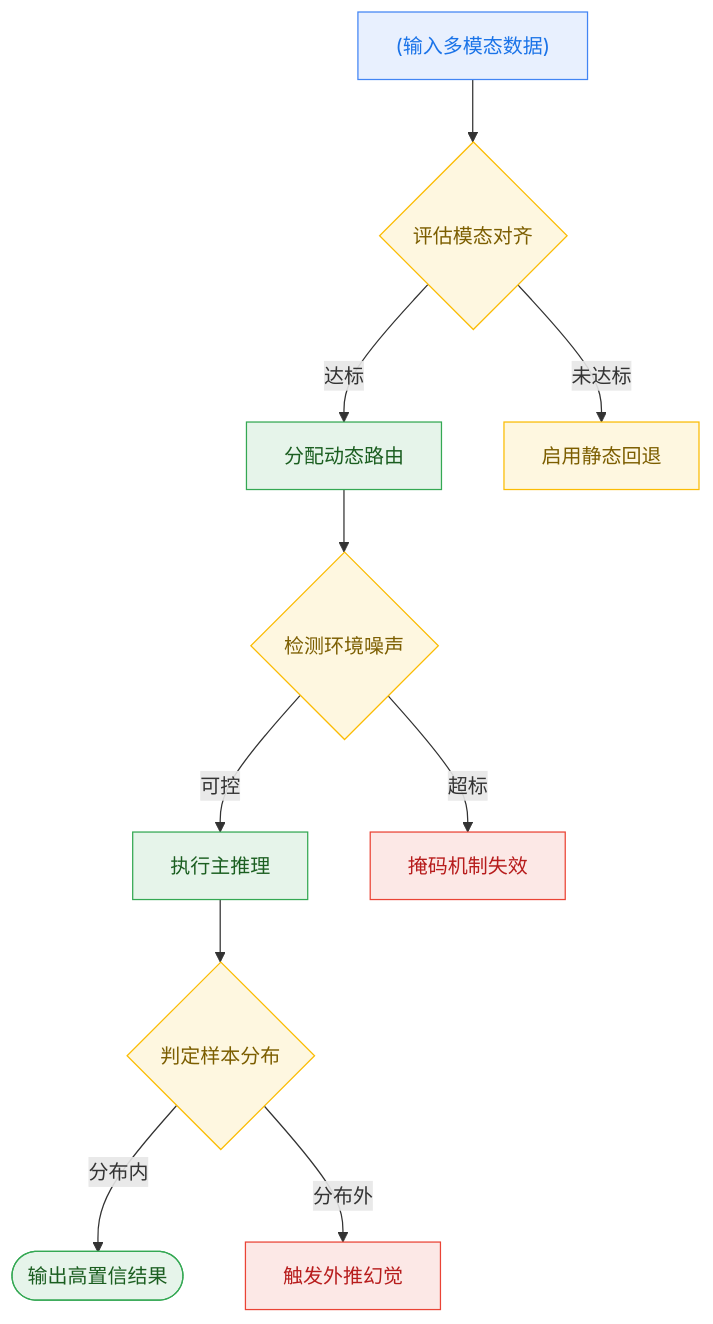
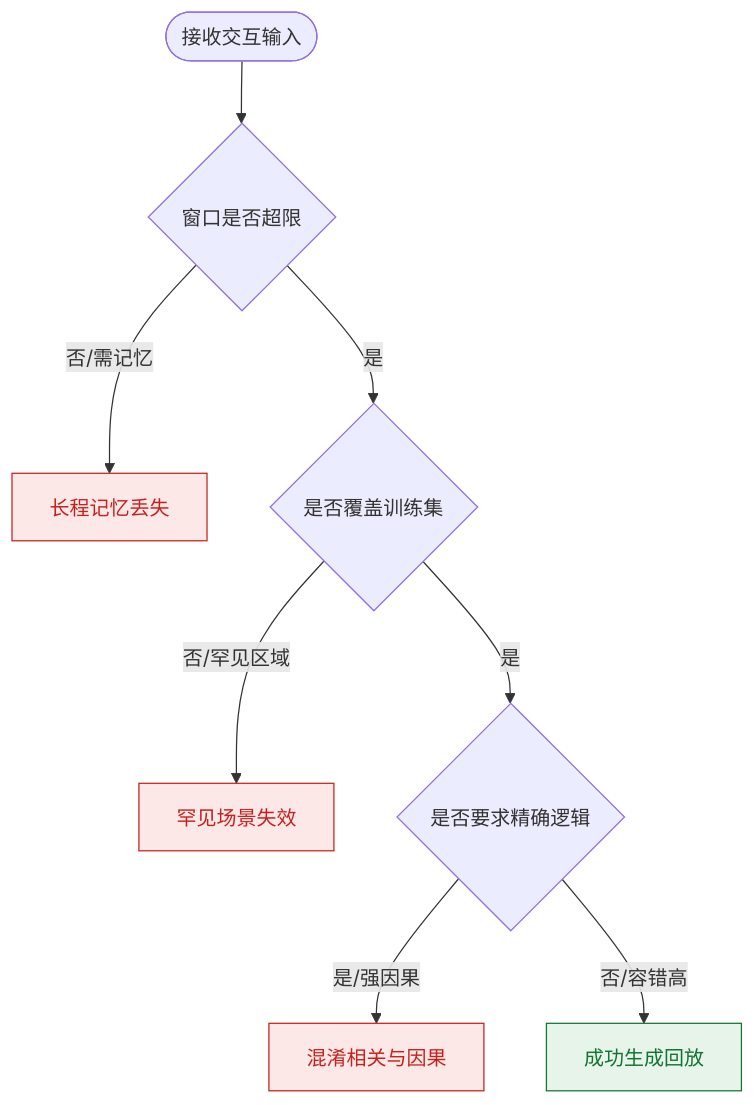
One commit to ShinewineW/paper-rolling changed the ninth of 10 diagrams in person_vault/2026-06-08_DiffusionModelsAreRealTimeGameEngines_2408.14837/report.md. Above: the diagram before and after it, drawn with Mermaid. The commit also changed other lines of this file and 51 other files, not shown here.

````diff
--- a/person_vault/2026-06-08_DiffusionModelsAreRealTimeGameEngines_2408.14837/report.md
+++ b/person_vault/2026-06-08_DiffusionModelsAreRealTimeGameEngines_2408.14837/report.md
@@ -436,17 +576,14 @@
 ```mermaid
 flowchart TD
-    classDef data fill:#e8f0fe,stroke:#4285f4,color:#1a73e8;
-    classDef judge fill:#fef7e0,stroke:#fbbc04,color:#7c5e00;
-    classDef safe fill:#e6f4ea,stroke:#34a853,color:#1b5e20;
-    classDef fail fill:#fce8e6,stroke:#ea4335,color:#b71c1c;
+    classDef success fill:#e6f4ea,stroke:#137333,color:#137333;
+    classDef fail fill:#fce8e6,stroke:#c5221f,color:#c5221f;
+    classDef check fill:#e8f0fe,stroke:#1967d2,color:#1967d2;
 
-    data_in["(输入多模态数据)"]:::data --> align_gate{评估模态对齐}:::judge
-    align_gate -->|达标| route_node["分配动态路由"]:::safe
-    align_gate -->|未达标| fallback_node["启用静态回退"]:::judge
-    route_node --> noise_gate{检测环境噪声}:::judge
-    noise_gate -->|可控| infer_node["执行主推理"]:::safe
-    noise_gate -->|超标| mask_fail["掩码机制失效"]:::fail
-    infer_node --> ood_gate{判定样本分布}:::judge
-    ood_gate -->|分布内| output_res(["输出高置信结果"]):::safe
-    ood_gate -->|分布外| hallucinate["触发外推幻觉"]:::fail
+    start(["接收交互输入"]) --> check_context{窗口是否超限}
+    check_context -- 否/需记忆 --> fail_memory["长程记忆丢失"]:::fail
+    check_context -- 是 --> check_data{是否覆盖训练集}
+    check_data -- 否/罕见区域 --> fail_rare["罕见场景失效"]:::fail
+    check_data -- 是 --> check_logic{是否要求精确逻辑}
+    check_logic -- 是/强因果 --> fail_logic["混淆相关与因果"]:::fail
+    check_logic -- 否/容错高 --> success_run["成功生成回放"]:::success
 ```
````
